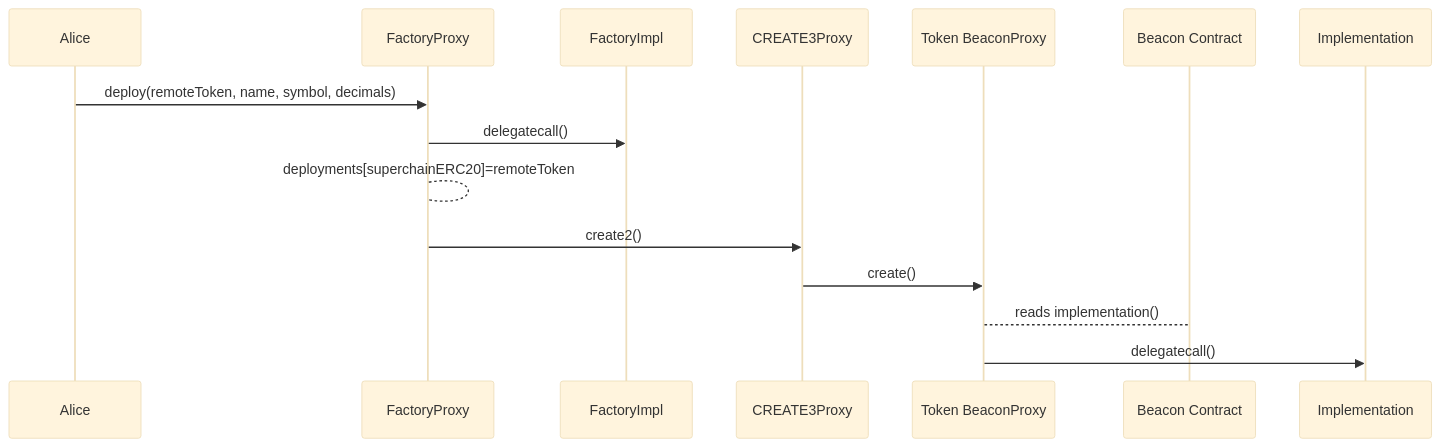
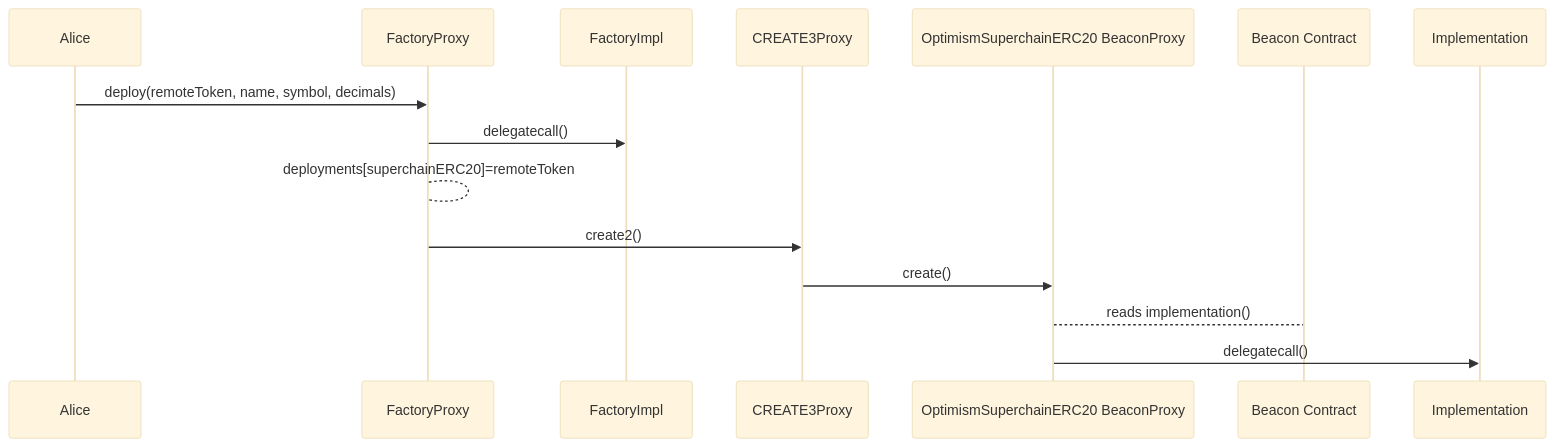
One commit to ethereum-optimism/design-docs changed the diagram in protocol/superchainerc20/L1-native-factory.md. Above: the diagram before and after it, drawn with Mermaid (base theme). The commit also changed other lines of this file, not shown here.

````diff
--- a/protocol/superchainerc20/L1-native-factory.md
+++ b/protocol/superchainerc20/L1-native-factory.md
@@ -142,18 +142,18 @@
 ```mermaid
 sequenceDiagram
   participant Alice
   participant FactoryProxy
   participant FactoryImpl
   participant CREATE3Proxy
-  participant Token BeaconProxy
+  participant BeaconProxy as OptimismSuperchainERC20 BeaconProxy
   participant Beacon Contract
   participant Implementation
 
   Alice->>FactoryProxy: deploy(remoteToken, name, symbol, decimals)
   FactoryProxy->>FactoryImpl: delegatecall()
   FactoryProxy-->FactoryProxy: deployments[superchainERC20]=remoteToken
   FactoryProxy->>CREATE3Proxy: create2()
-  CREATE3Proxy->>Token BeaconProxy: create()
-  Token BeaconProxy-->Beacon Contract: reads implementation()
-  Token BeaconProxy->>Implementation: delegatecall()
+  CREATE3Proxy->>BeaconProxy: create()
+  BeaconProxy-->Beacon Contract: reads implementation()
+  BeaconProxy->>Implementation: delegatecall()
 ```
````
